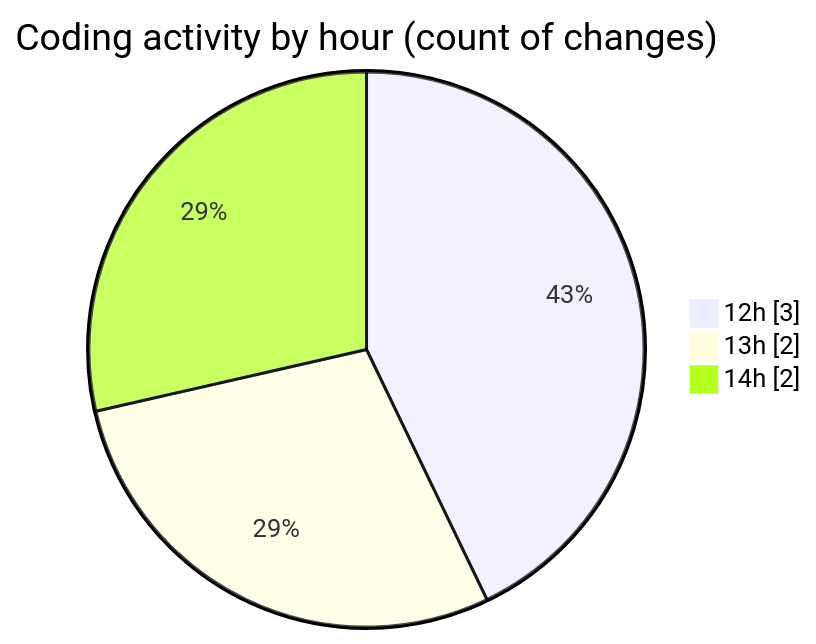
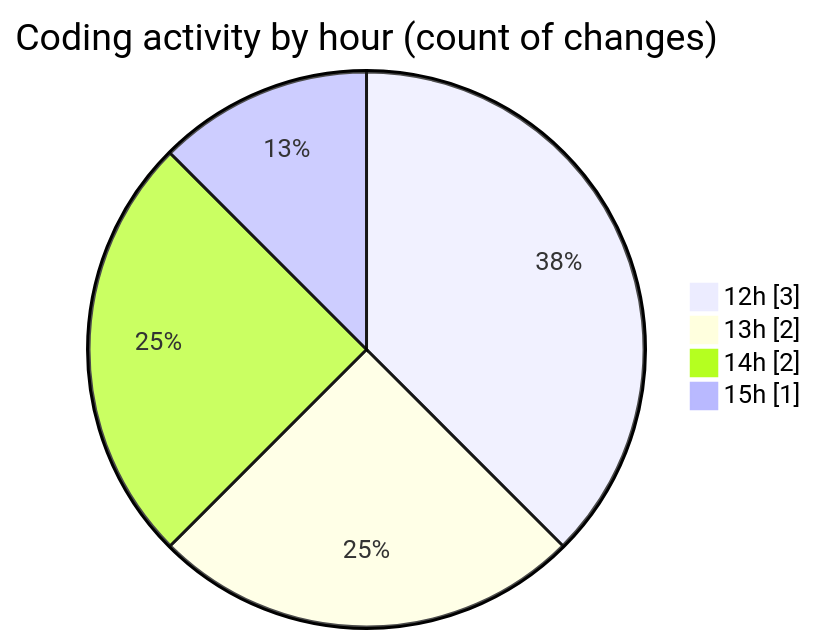
One commit to nxtqubesakshisongat/code-tracking changed the second of 2 diagrams in 2025-12-02/nxtqube_webapp/README.md. Above: the diagram before and after it, drawn with Mermaid. The commit also changed other lines of this file and 1 other file, not shown here.

````diff
--- a/2025-12-02/nxtqube_webapp/README.md
+++ b/2025-12-02/nxtqube_webapp/README.md
@@ -33,7 +35,8 @@
 ```mermaid
 pie showData
 title Coding activity by hour (count of changes)
 "12h" : 3
 "13h" : 2
 "14h" : 2
+"15h" : 1
 ```
````
